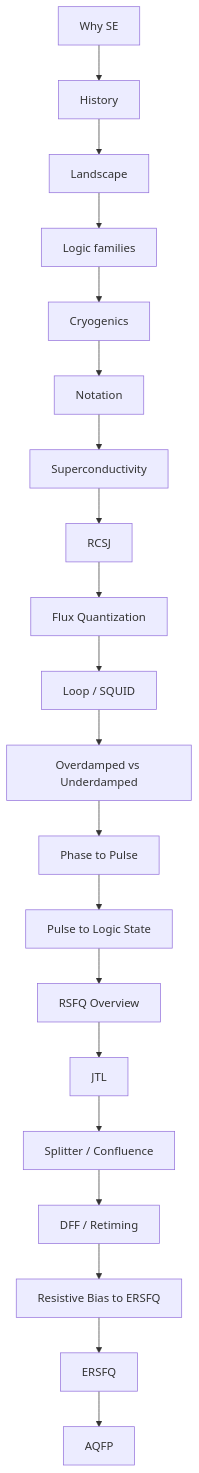
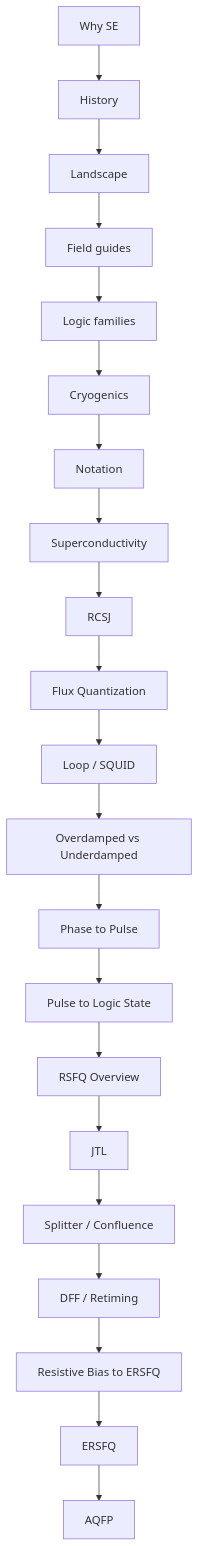
One commit to Single-Flux-Quantum/sfq-learn-public changed the diagram in docs/tracks/sfq-logic-primitives/ROADMAP.md. Above: the diagram before and after it, drawn with Mermaid. The commit also changed other lines of this file and 12 other files, not shown here.

First line of the commit message:
Add per-field orientation guides under fundamentals/fields.

````diff
--- a/docs/tracks/sfq-logic-primitives/ROADMAP.md
+++ b/docs/tracks/sfq-logic-primitives/ROADMAP.md
@@ -10,22 +10,23 @@
 ```mermaid
 graph TD
     O1[Why SE] --> O2[History]
     O2 --> O3[Landscape]
-    O3 --> O4[Logic families]
+    O3 --> Fields[Field guides]
+    Fields --> O4[Logic families]
     O4 --> O5[Cryogenics]
     O5 --> N0[Notation]
     N0 --> F0[Superconductivity]
     F0 --> F1[RCSJ]
     F1 --> F2[Flux Quantization]
     F2 --> F3[Loop / SQUID]
     F3 --> F4[Overdamped vs Underdamped]
     F4 --> B1[Phase to Pulse]
     B1 --> B2[Pulse to Logic State]
     B2 --> C0[RSFQ Overview]
     C0 --> C1[JTL]
     C1 --> C2[Splitter / Confluence]
     C2 --> C3[DFF / Retiming]
     C3 --> B4[Resistive Bias to ERSFQ]
     B4 --> C4[ERSFQ]
     C4 --> C5[AQFP]
 ```
````
